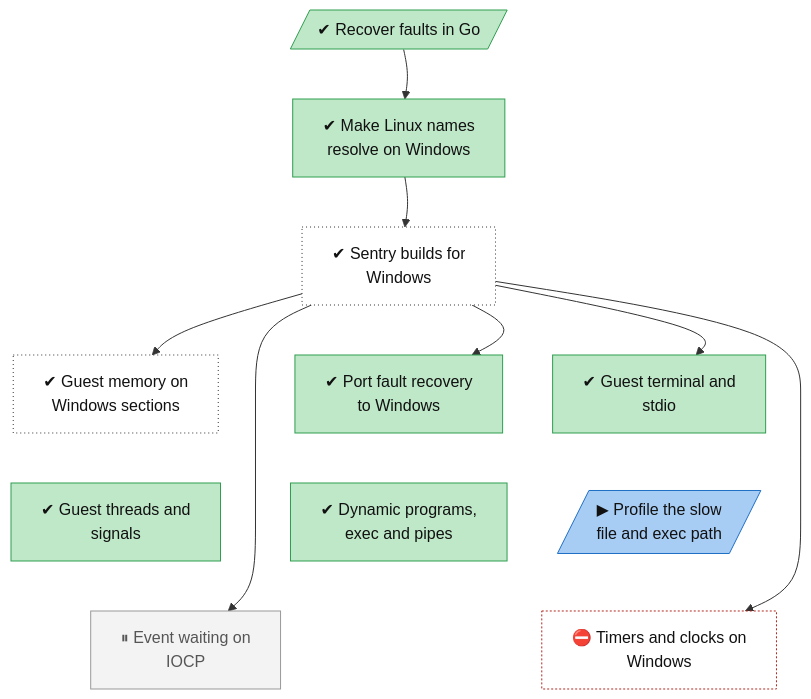
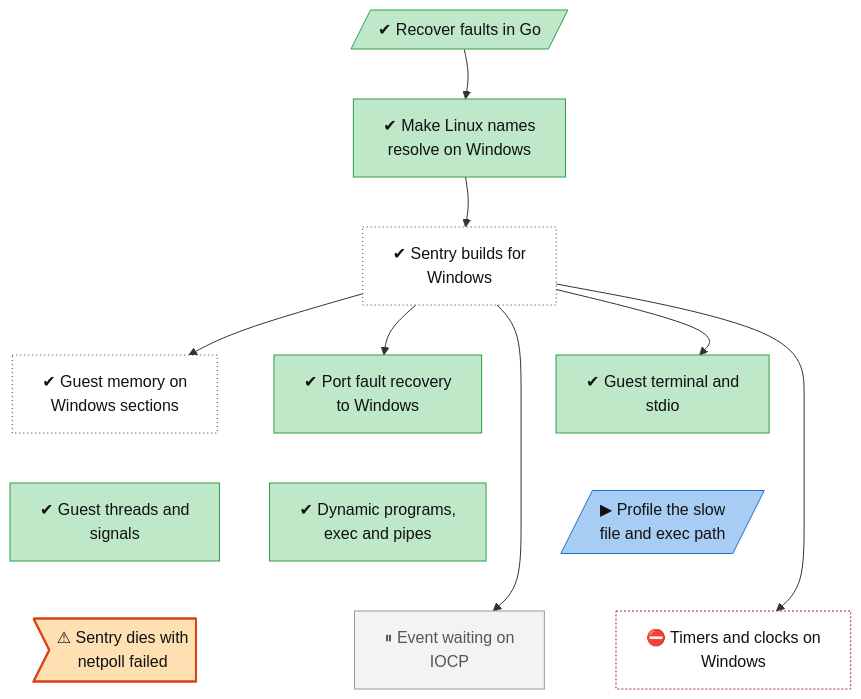
One commit to lhns/gvisor-windows changed the diagram in docs/roadmap/tracks/sentry.md. Above: the diagram before and after it, drawn with Mermaid. The commit also changed other lines of this file and 7 other files, not shown here.

````diff
--- a/docs/roadmap/tracks/sentry.md
+++ b/docs/roadmap/tracks/sentry.md
@@ -10,51 +10,53 @@
 ```mermaid
 flowchart TB
     sentry_go_fault_recovery[/"✔ Recover faults in Go"/]
     sentry_unix_shim["✔ Make Linux names<br/>resolve on Windows"]
     sentry_windows_build["✔ Sentry builds for<br/>Windows"]
     sentry_memory_file_sections["✔ Guest memory on<br/>Windows sections"]
     sentry_fault_recovery["✔ Port fault recovery<br/>to Windows"]
     sentry_host_stdio_and_tty["✔ Guest terminal and<br/>stdio"]
     sentry_threads_and_signals["✔ Guest threads and<br/>signals"]
     sentry_dynamic_elf_and_exec["✔ Dynamic programs,<br/>exec and pipes"]
     sentry_profile_small_file_path[/"▶ Profile the slow<br/>file and exec path"/]
+    sentry_netpoll_failure>"⚠ Sentry dies with<br/>netpoll failed"]
     sentry_event_loop_iocp["⏸ Event waiting on<br/>IOCP"]
     sentry_timers_and_clocks["⛔ Timers and clocks on<br/>Windows"]
     sentry_go_fault_recovery ~~~ sentry_unix_shim
     sentry_unix_shim ~~~ sentry_windows_build
     sentry_windows_build ~~~ sentry_memory_file_sections
     sentry_windows_build ~~~ sentry_fault_recovery
     sentry_windows_build ~~~ sentry_host_stdio_and_tty
     sentry_memory_file_sections ~~~ sentry_threads_and_signals
     sentry_fault_recovery ~~~ sentry_dynamic_elf_and_exec
     sentry_host_stdio_and_tty ~~~ sentry_profile_small_file_path
-    sentry_threads_and_signals ~~~ sentry_event_loop_iocp
-    sentry_dynamic_elf_and_exec ~~~ sentry_timers_and_clocks
+    sentry_threads_and_signals ~~~ sentry_netpoll_failure
+    sentry_dynamic_elf_and_exec ~~~ sentry_event_loop_iocp
     sentry_profile_small_file_path ~~~ sentry_timers_and_clocks
     sentry_go_fault_recovery --> sentry_unix_shim
     sentry_unix_shim --> sentry_windows_build
     sentry_windows_build --> sentry_memory_file_sections
     sentry_windows_build --> sentry_fault_recovery
     sentry_windows_build --> sentry_host_stdio_and_tty
     sentry_windows_build --> sentry_event_loop_iocp
     sentry_windows_build --> sentry_timers_and_clocks
     classDef vsucc fill:#2e9e4f,stroke:#1b6b34,color:#fff
     classDef succ fill:#bfe8c8,stroke:#2e9e4f,color:#111
     classDef mixed fill:#ffd37a,stroke:#c98a00,color:#111
     classDef bad fill:#f28b82,stroke:#b3261e,color:#111
     classDef dead fill:#e6e6e6,stroke:#777,stroke-dasharray:5 5,color:#555
     classDef inprog fill:#a8cdf5,stroke:#1f6fc5,color:#111
     classDef next fill:#fff,stroke:#333,color:#111
     classDef blocked fill:#fff,stroke:#b3261e,stroke-dasharray:2 2,color:#111
     classDef parked fill:#f3f3f3,stroke:#999,color:#555
     classDef unrated fill:#fff,stroke:#333,stroke-dasharray:1 3,color:#111
     classDef gate fill:#d9c2f0,stroke:#7b3fb5,color:#111
     classDef decided fill:#ece0f7,stroke:#7b3fb5,stroke-dasharray:2 2,color:#111
     classDef finding fill:#ffe0b2,stroke:#d84315,stroke-width:2px,color:#111
     classDef waiting fill:#e3f2fd,stroke:#1f6fc5,stroke-dasharray:5 5,color:#111
     class sentry_go_fault_recovery,sentry_unix_shim,sentry_fault_recovery,sentry_host_stdio_and_tty,sentry_threads_and_signals,sentry_dynamic_elf_and_exec succ
     class sentry_windows_build,sentry_memory_file_sections unrated
     class sentry_profile_small_file_path inprog
+    class sentry_netpoll_failure finding
     class sentry_event_loop_iocp parked
     class sentry_timers_and_clocks blocked
 ```
````
